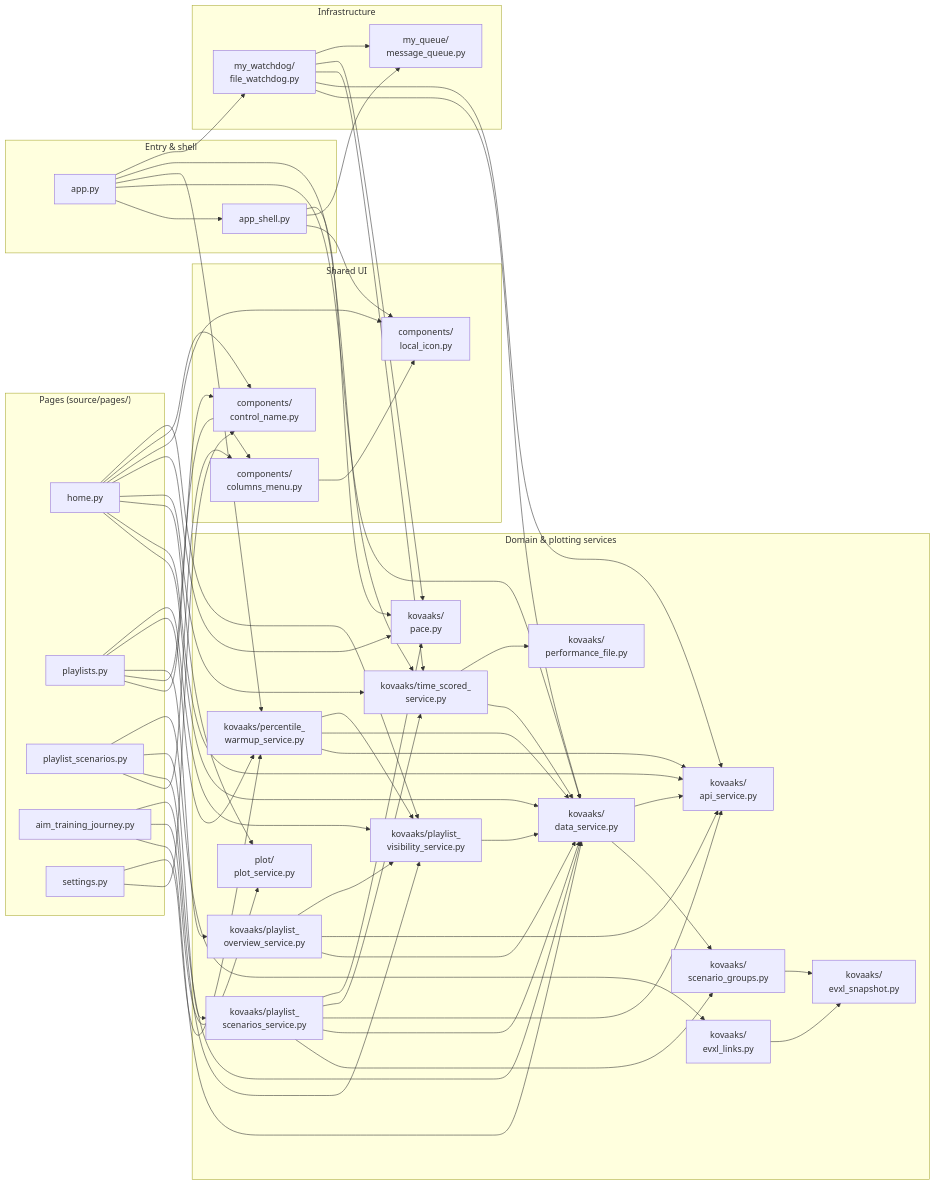
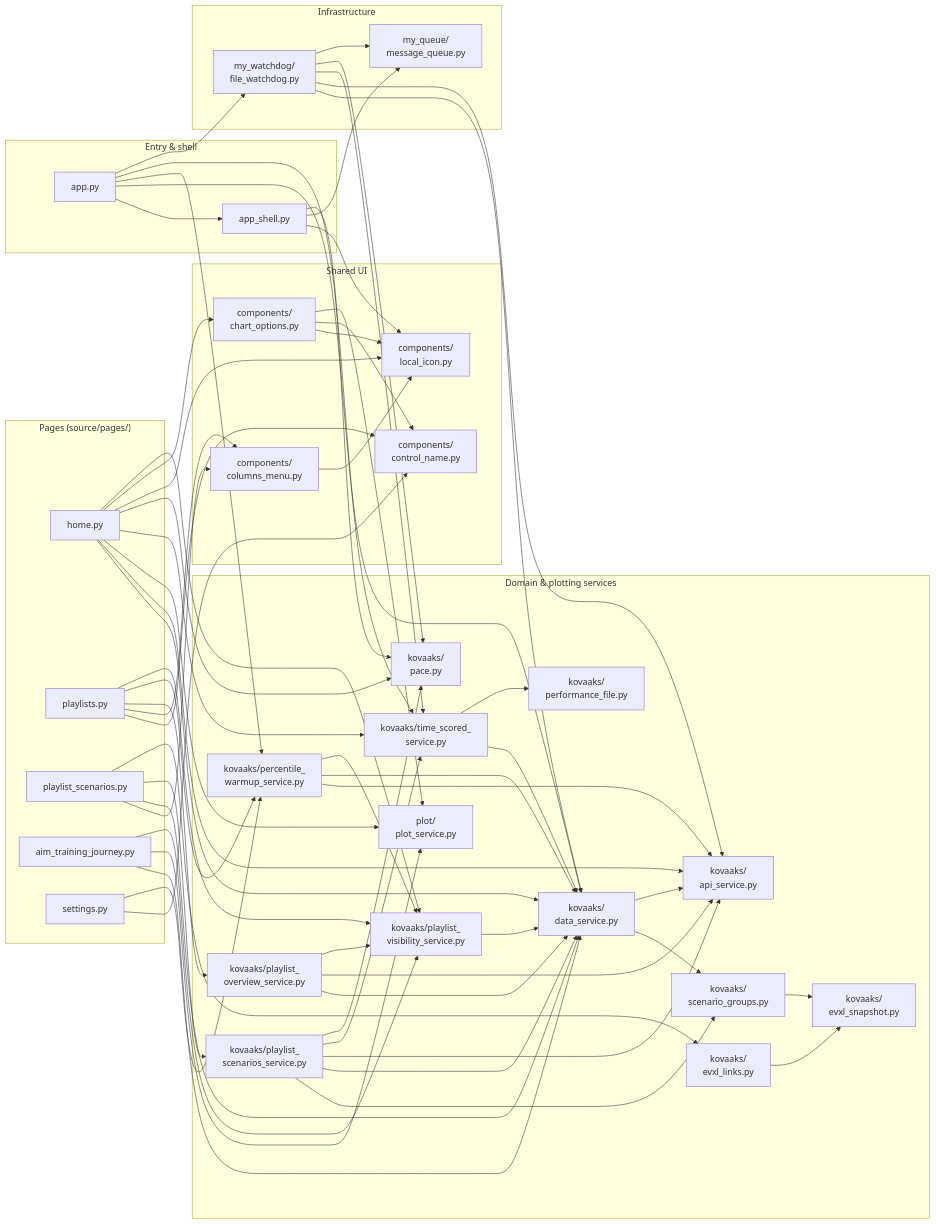
One commit to MingoDynasty/Corporate-Serf-Dashboard changed the third of 3 diagrams in docs/architecture.md. Above: the diagram before and after it, drawn with Mermaid. The commit also changed other lines of this file, not shown here.

First line of the commit message:
docs: put components/chart_options.py on the architecture map

```diff
--- a/docs/architecture.md
+++ b/docs/architecture.md
@@ -241,6 +241,7 @@
         LocalIcon["components/<br/>local_icon.py"]
         ControlName["components/<br/>control_name.py"]
         ColumnsMenu["components/<br/>columns_menu.py"]
+        ChartOptions["components/<br/>chart_options.py"]
     end
 
     subgraph Services["Domain & plotting services"]
@@ -279,7 +280,10 @@
     Home --> TimeScored
     Home --> Pace
     Home --> LocalIcon
-    Home --> ControlName
+    Home --> ChartOptions
+    ChartOptions --> LocalIcon
+    ChartOptions --> ControlName
+    ChartOptions --> PlotService
     Playlists --> ControlName
     SettingsPage --> ControlName
     Playlists --> ColumnsMenu
```
